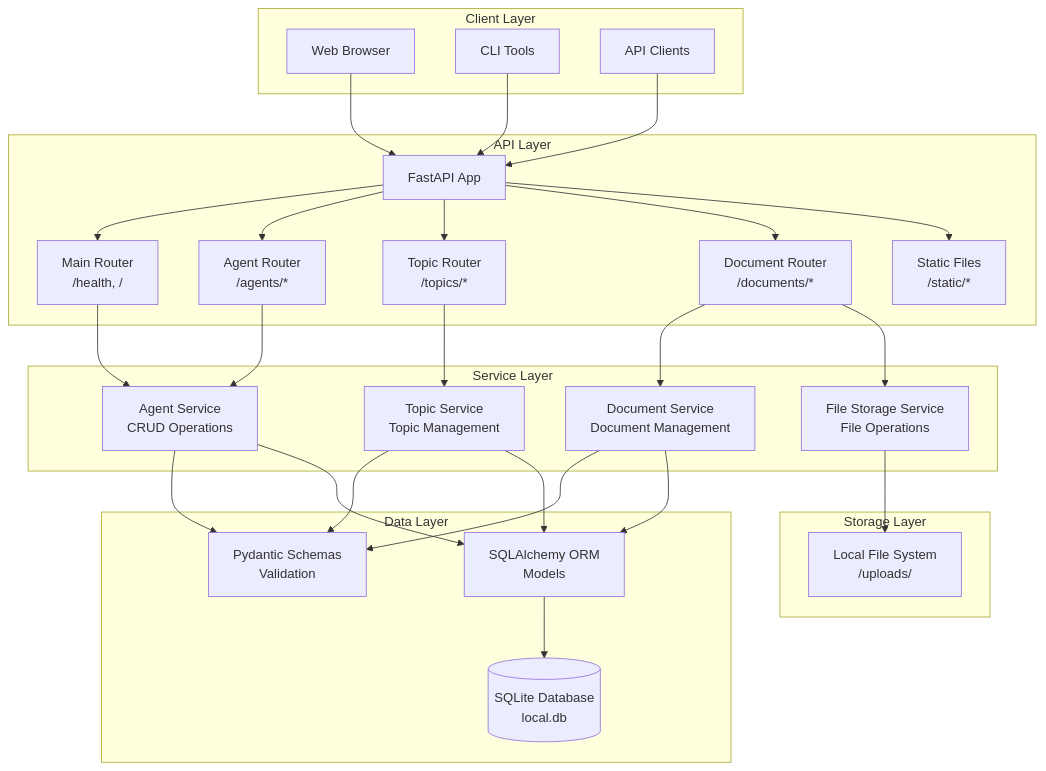
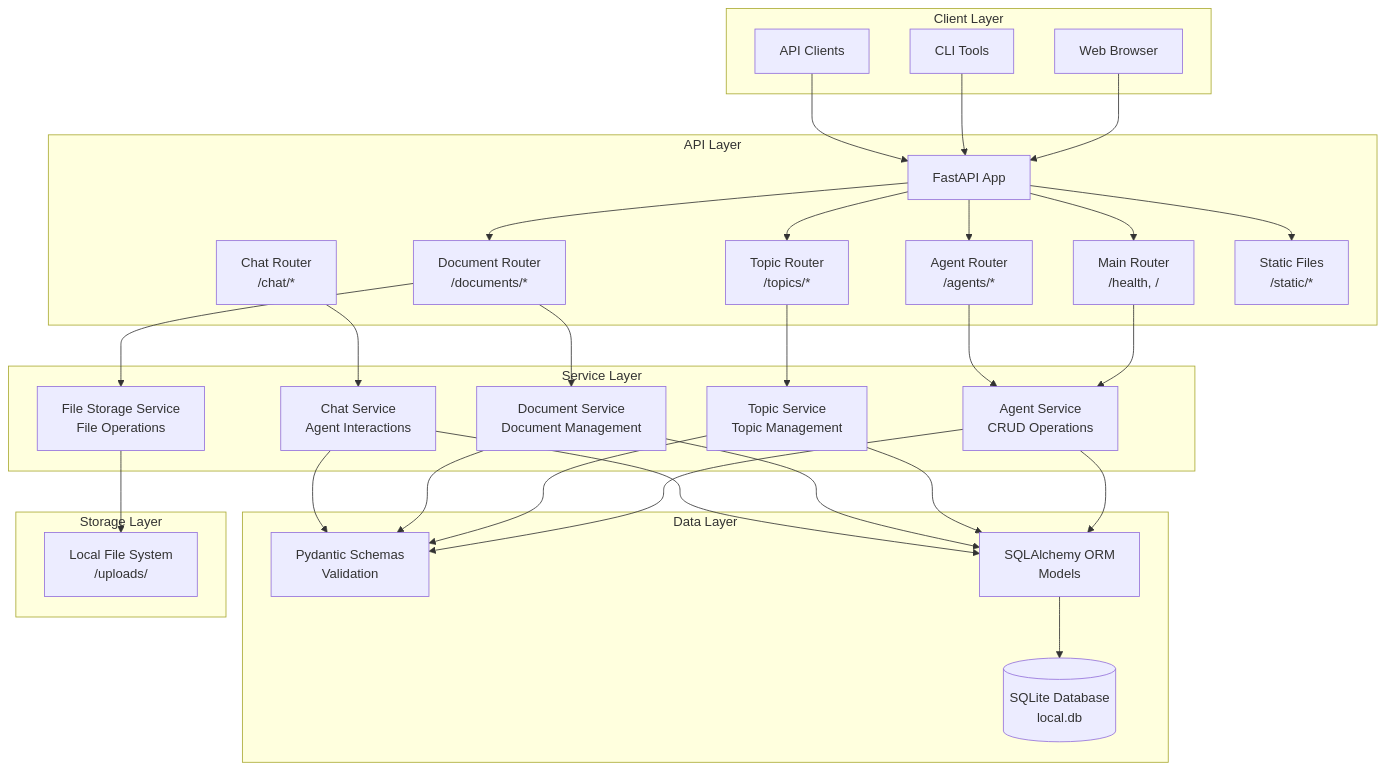
Before and after one commit to aitomatic/dana: the first of 2 diagrams in docs/reference/06_api_server_architecture.md, drawn with Mermaid. The commit also changed other lines of this file and 26 other files, not shown here.

````diff
--- a/docs/reference/06_api_server_architecture.md
+++ b/docs/reference/06_api_server_architecture.md
@@ -76,60 +77,65 @@
 ```mermaid
 graph TB
     subgraph "Client Layer"
         Web[Web Browser]
         CLI[CLI Tools]
         API[API Clients]
     end
     
     subgraph "API Layer"
         FastAPI[FastAPI App]
         MainRouter[Main Router<br/>/health, /]
         AgentRouter[Agent Router<br/>/agents/*]
         TopicRouter[Topic Router<br/>/topics/*]
         DocRouter[Document Router<br/>/documents/*]
+        ChatRouter[Chat Router<br/>/chat/*]
         StaticFiles[Static Files<br/>/static/*]
     end
     
     subgraph "Service Layer"
         AgentService[Agent Service<br/>CRUD Operations]
         TopicService[Topic Service<br/>Topic Management]
         DocService[Document Service<br/>Document Management]
         FileService[File Storage Service<br/>File Operations]
+        ChatService[Chat Service<br/>Agent Interactions]
     end
     
     subgraph "Data Layer"
         Pydantic[Pydantic Schemas<br/>Validation]
         SQLAlchemy[SQLAlchemy ORM<br/>Models]
         SQLite[(SQLite Database<br/>local.db)]
     end
     
     subgraph "Storage Layer"
         FileSystem[Local File System<br/>/uploads/]
     end
     
     Web --> FastAPI
     CLI --> FastAPI
     API --> FastAPI
     
     FastAPI --> MainRouter
     FastAPI --> AgentRouter
     FastAPI --> TopicRouter
     FastAPI --> DocRouter
     FastAPI --> StaticFiles
     
     MainRouter --> AgentService
     AgentRouter --> AgentService
     TopicRouter --> TopicService
     DocRouter --> DocService
     DocRouter --> FileService
+    ChatRouter --> ChatService
     
     AgentService --> Pydantic
     AgentService --> SQLAlchemy
     TopicService --> Pydantic
     TopicService --> SQLAlchemy
     DocService --> Pydantic
     DocService --> SQLAlchemy
+    ChatService --> Pydantic
+    ChatService --> SQLAlchemy
     FileService --> FileSystem
     
     SQLAlchemy --> SQLite
 ```
````
